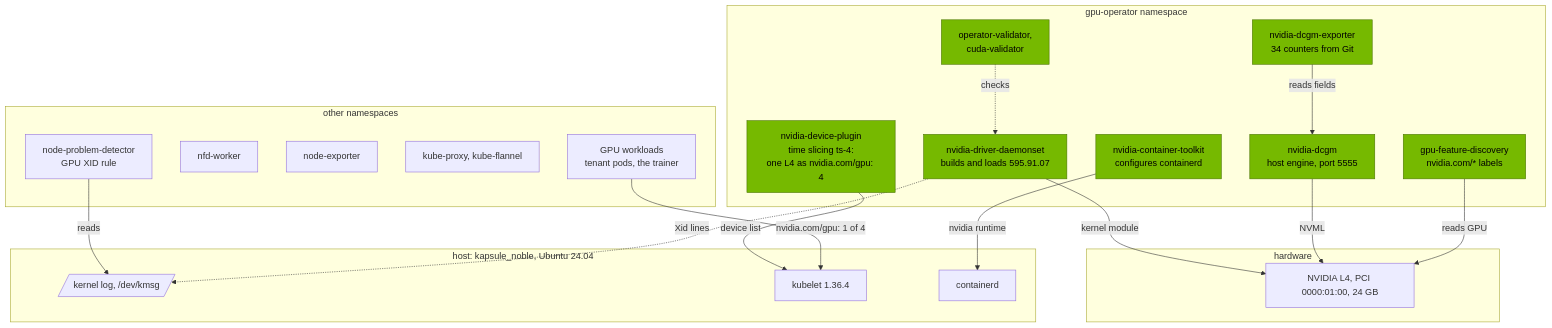
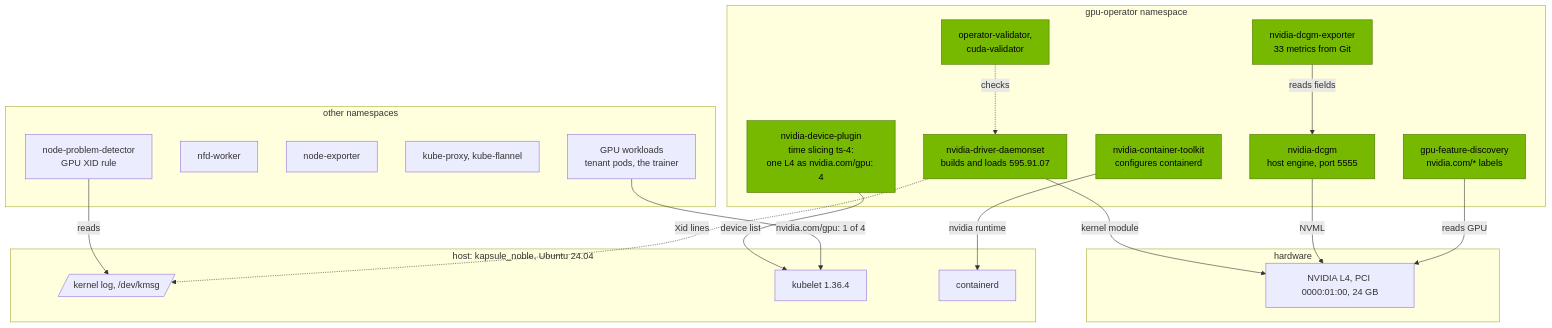
The fourth of 6 diagrams in docs/architecture.md (yassineteimi/nvidia-gpu-fleet-poc), drawn with Mermaid before and after one commit. The commit also changed 1 other file, not shown here.

Commit message:
Session B: 33 metrics present, not 34 counters
session-b-counters.txt lists 33 metrics. The counter set has 34 fields, and
the 34th, DCGM_FI_DRIVER_VERSION, is a label on every series rather than a
series, so the capture never counted it. The criterion still passes; the
Session B page and both diagrams now say what the file shows.

````diff
--- a/docs/architecture.md
+++ b/docs/architecture.md
@@ -150,44 +150,44 @@
 ```mermaid
 flowchart TB
   subgraph hw["hardware"]
     l4["NVIDIA L4, PCI 0000:01:00, 24 GB"]
   end
 
   subgraph host["host: kapsule_noble, Ubuntu 24.04"]
     kmsg[/"kernel log, /dev/kmsg"/]
     kubelet["kubelet 1.36.4"]
     ctrd["containerd"]
   end
 
   subgraph gpuop["gpu-operator namespace"]
     drv["nvidia-driver-daemonset<br/>builds and loads 595.91.07"]
     tk["nvidia-container-toolkit<br/>configures containerd"]
     val["operator-validator,<br/>cuda-validator"]
     dp["nvidia-device-plugin<br/>time slicing ts-4:<br/>one L4 as nvidia.com/gpu: 4"]
     gfd["gpu-feature-discovery<br/>nvidia.com/* labels"]
     dcgm["nvidia-dcgm<br/>host engine, port 5555"]
-    dcgme["nvidia-dcgm-exporter<br/>34 counters from Git"]
+    dcgme["nvidia-dcgm-exporter<br/>33 metrics from Git"]
   end
 
   subgraph other["other namespaces"]
     npd["node-problem-detector<br/>GPU XID rule"]
     nfdw["nfd-worker"]
     ne["node-exporter"]
     kp["kube-proxy, kube-flannel"]
     work["GPU workloads<br/>tenant pods, the trainer"]
   end
 
   drv -->|"kernel module"| l4
   tk -->|"nvidia runtime"| ctrd
   val -.->|"checks"| drv
   dp -->|"device list"| kubelet
   dcgm -->|"NVML"| l4
   dcgme -->|"reads fields"| dcgm
   gfd -->|"reads GPU"| l4
   npd -->|"reads"| kmsg
   drv -.->|"Xid lines"| kmsg
   work -->|"nvidia.com/gpu: 1 of 4"| kubelet
 
   classDef nv fill:#76b900,stroke:#4a7300,color:#000
   class drv,tk,val,dp,gfd,dcgm,dcgme nv
 ```
````
